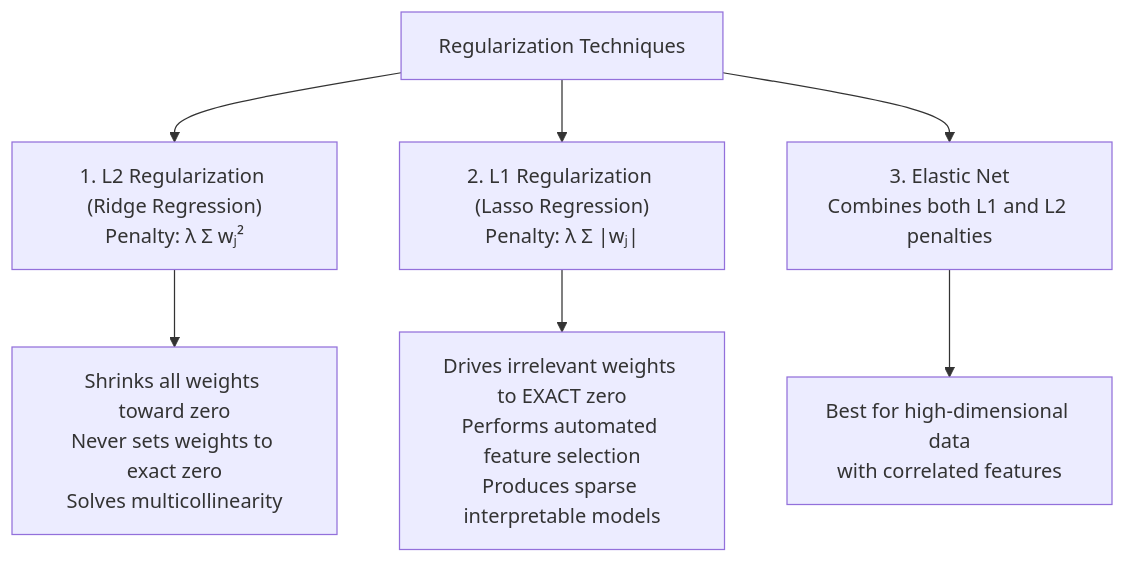
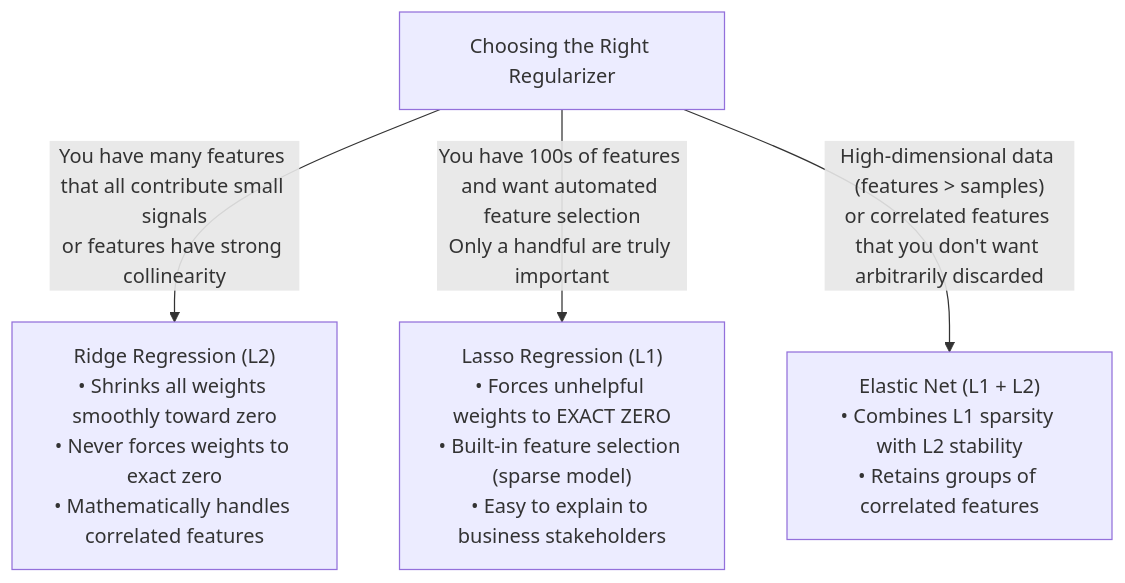
One commit to jashu-16/cv_engineering changed the eighth of 10 diagrams in docs/01-machine-learning-foundations/level-05-regression.md. Above: the diagram before and after it, drawn with Mermaid. The commit also changed other lines of this file and 22 other files, not shown here.

````diff
--- a/docs/01-machine-learning-foundations/level-05-regression.md
+++ b/docs/01-machine-learning-foundations/level-05-regression.md
@@ -189,12 +274,8 @@
 ```mermaid
 flowchart TD
-    Reg["Regularization Techniques"]
+    Decision["Choosing the Right Regularizer"]
     
-    Reg --> L2["1. L2 Regularization (Ridge Regression)\nPenalty: λ Σ wⱼ²"]
-    Reg --> L1["2. L1 Regularization (Lasso Regression)\nPenalty: λ Σ |wⱼ|"]
-    Reg --> EN["3. Elastic Net\nCombines both L1 and L2 penalties"]
-
-    L2 --> L2_Effect["Shrinks all weights toward zero\nNever sets weights to exact zero\nSolves multicollinearity"]
-    L1 --> L1_Effect["Drives irrelevant weights to EXACT zero\nPerforms automated feature selection\nProduces sparse interpretable models"]
-    EN --> EN_Effect["Best for high-dimensional data\nwith correlated features"]
+    Decision -->|"You have many features that all contribute small signals\nor features have strong collinearity"| Ridge["Ridge Regression (L2)\n• Shrinks all weights smoothly toward zero\n• Never forces weights to exact zero\n• Mathematically handles correlated features"]
+    Decision -->|"You have 100s of features and want automated feature selection\nOnly a handful are truly important"| Lasso["Lasso Regression (L1)\n• Forces unhelpful weights to EXACT ZERO\n• Built-in feature selection (sparse model)\n• Easy to explain to business stakeholders"]
+    Decision -->|"High-dimensional data (features > samples)\nor correlated features that you don't want arbitrarily discarded"| Elastic["Elastic Net (L1 + L2)\n• Combines L1 sparsity with L2 stability\n• Retains groups of correlated features"]
 ```
````
